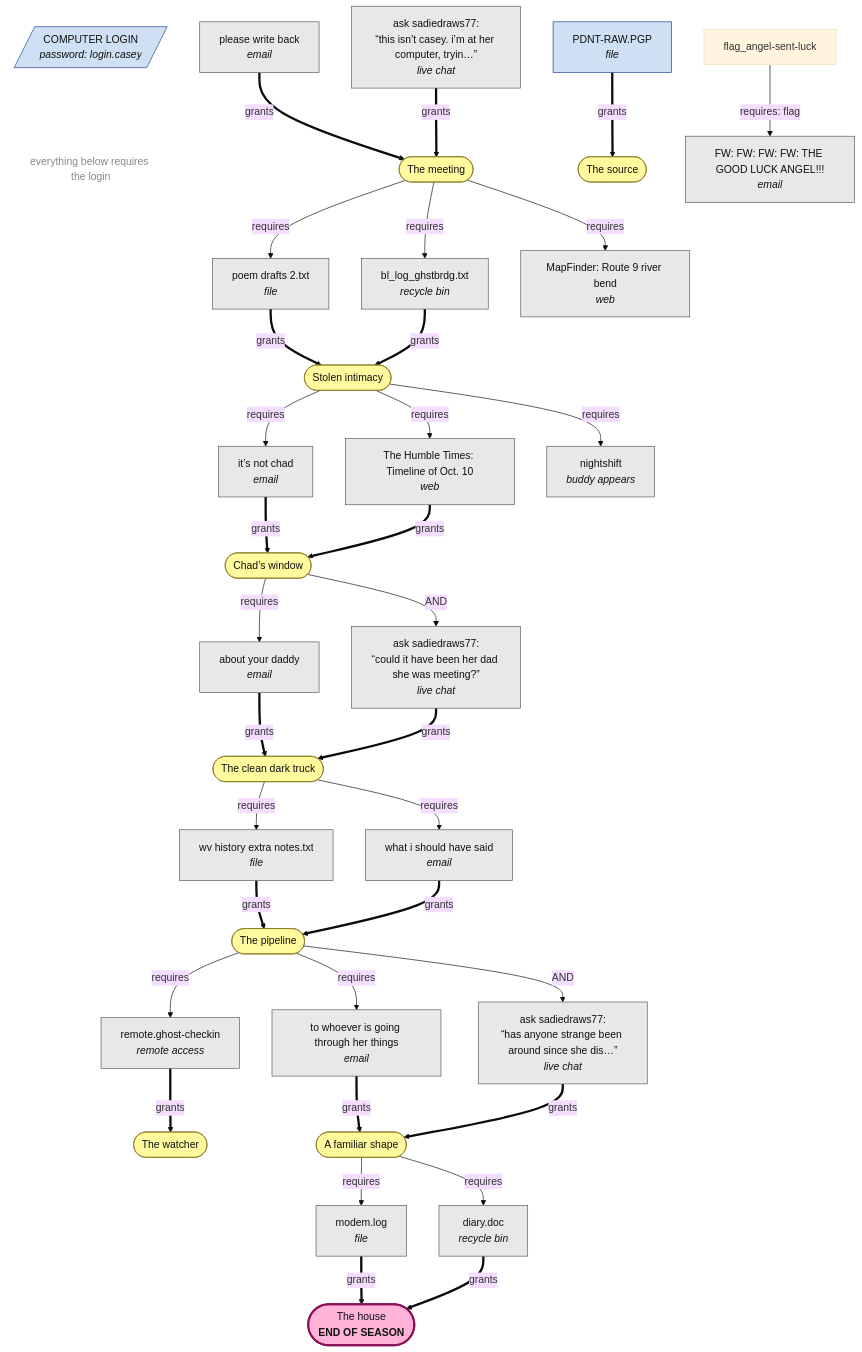
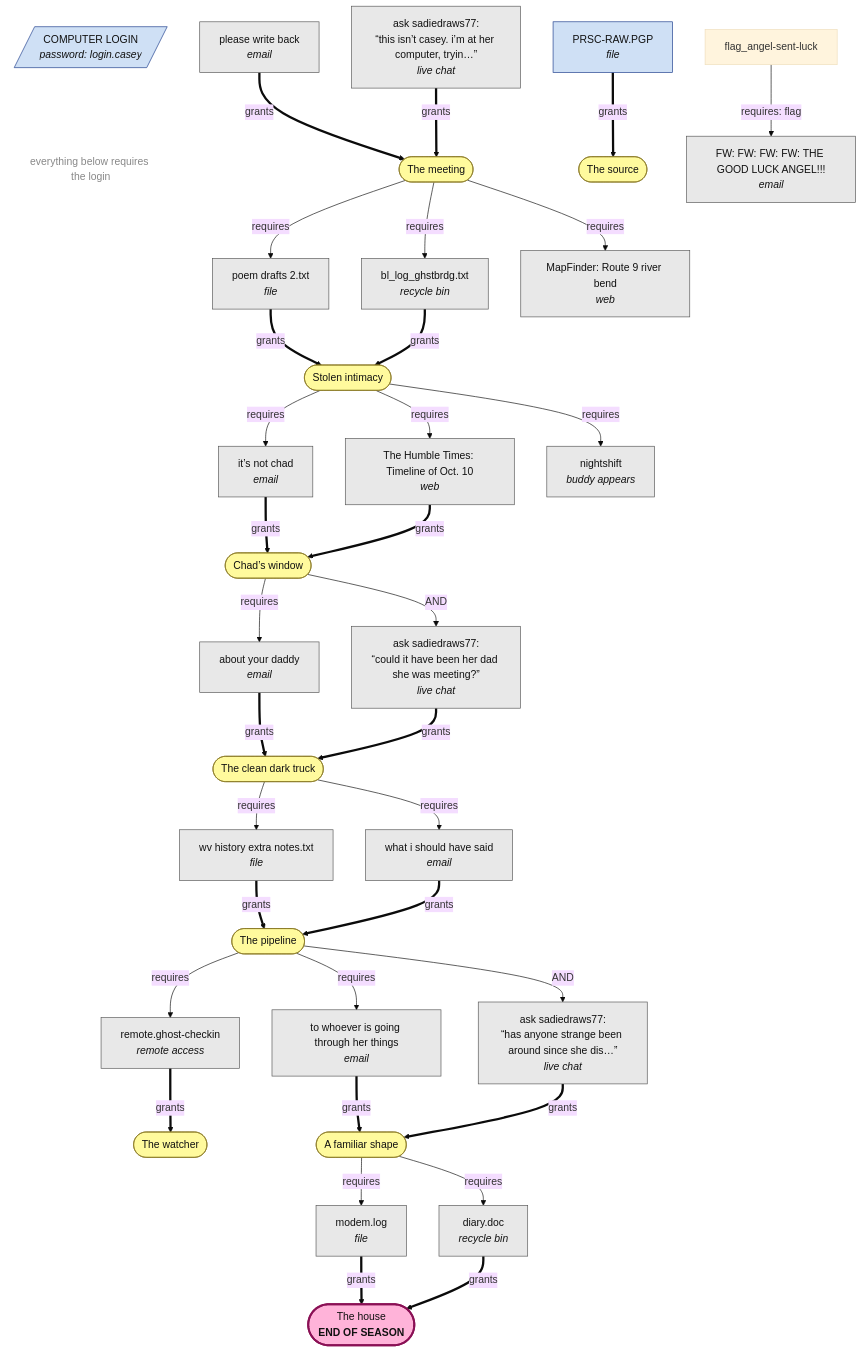
Before and after one commit to adamthedorsey/last-login: the diagram in docs/clue-graph.md, drawn with Mermaid (base theme). The commit also changed 7 other files, not shown here.

````diff
--- a/docs/clue-graph.md
+++ b/docs/clue-graph.md
@@ -9,70 +9,70 @@
 ```mermaid
 flowchart TD
   classDef discovery fill:#fffa9d,stroke:#887722,color:#111
   classDef finale fill:#ffb3d9,stroke:#8a1055,color:#111,stroke-width:3px
   classDef item fill:#e8e8e8,stroke:#555,color:#111
   classDef locked fill:#cfe0f5,stroke:#1a3a8a,color:#111
   classDef note fill:none,stroke:none,color:#888
   login[/"COMPUTER LOGIN<br/><i>password: login.casey</i>"/]:::locked
   login ~~~ loginNote["everything below requires the login"]:::note
   d_the_meeting(["The meeting"]):::discovery
   d_stolen_intimacy(["Stolen intimacy"]):::discovery
   d_chads_window(["Chad’s window"]):::discovery
   d_the_clean_truck(["The clean dark truck"]):::discovery
   d_the_pipeline(["The pipeline"]):::discovery
   d_the_watcher(["The watcher"]):::discovery
   d_the_source(["The source"]):::discovery
   d_who_shaped(["A familiar shape"]):::discovery
   d_the_house(["The house<br/><b>END OF SEASON</b>"]):::finale
-  i_a_page["PDNT-RAW.PGP<br/><i>file</i>"]:::locked
+  i_a_page["PRSC-RAW.PGP<br/><i>file</i>"]:::locked
   i_a_page ==>|grants| d_the_source
   i_file_ledger_copy["wv history extra notes.txt<br/><i>file</i>"]:::item
   i_file_ledger_copy ==>|grants| d_the_pipeline
   d_the_clean_truck -->|requires| i_file_ledger_copy
   i_file_gb_log_oct8["poem drafts 2.txt<br/><i>file</i>"]:::item
   i_file_gb_log_oct8 ==>|grants| d_stolen_intimacy
   d_the_meeting -->|requires| i_file_gb_log_oct8
   i_file_modem_log["modem.log<br/><i>file</i>"]:::item
   i_file_modem_log ==>|grants| d_the_house
   d_who_shaped -->|requires| i_file_modem_log
   i_email_sadie_please["please write back<br/><i>email</i>"]:::item
   i_email_sadie_please ==>|grants| d_the_meeting
   i_email_angel_chain2["FW: FW: FW: FW: THE GOOD LUCK ANGEL!!!<br/><i>email</i>"]:::item
   flag_angel-sent-luck -->|requires: flag| i_email_angel_chain2
   i_email_sadie_notchad["it’s not chad<br/><i>email</i>"]:::item
   i_email_sadie_notchad ==>|grants| d_chads_window
   d_stolen_intimacy -->|requires| i_email_sadie_notchad
   i_email_ruth_yourdad["about your daddy<br/><i>email</i>"]:::item
   i_email_ruth_yourdad ==>|grants| d_the_clean_truck
   d_chads_window -->|requires| i_email_ruth_yourdad
   i_email_sam_plain["what i should have said<br/><i>email</i>"]:::item
   i_email_sam_plain ==>|grants| d_the_pipeline
   d_the_clean_truck -->|requires| i_email_sam_plain
   i_email_rebecca["to whoever is going through her things<br/><i>email</i>"]:::item
   i_email_rebecca ==>|grants| d_who_shaped
   d_the_pipeline -->|requires| i_email_rebecca
   i_trash_bl_log["bl_log_ghstbrdg.txt<br/><i>recycle bin</i>"]:::item
   i_trash_bl_log ==>|grants| d_stolen_intimacy
   d_the_meeting -->|requires| i_trash_bl_log
   i_trash_diary["diary.doc<br/><i>recycle bin</i>"]:::item
   i_trash_diary ==>|grants| d_the_house
   d_who_shaped -->|requires| i_trash_diary
   i_web_register_timeline["The Humble Times: Timeline of Oct. 10<br/><i>web</i>"]:::item
   i_web_register_timeline ==>|grants| d_chads_window
   d_stolen_intimacy -->|requires| i_web_register_timeline
   i_web_mapfinder_bend["MapFinder: Route 9 river bend<br/><i>web</i>"]:::item
   d_the_meeting -->|requires| i_web_mapfinder_bend
   b_nightshift["nightshift<br/><i>buddy appears</i>"]:::item
   d_stolen_intimacy -->|requires| b_nightshift
   c_sadiedraws77_intro["ask sadiedraws77:<br/>“this isn’t casey. i’m at her computer, tryin…”<br/><i>live chat</i>"]:::item
   c_sadiedraws77_intro ==>|grants| d_the_meeting
   c_sadiedraws77_frank["ask sadiedraws77:<br/>“could it have been her dad she was meeting?”<br/><i>live chat</i>"]:::item
   c_sadiedraws77_frank ==>|grants| d_the_clean_truck
   d_chads_window -->|AND| c_sadiedraws77_frank
   c_sadiedraws77_vigil["ask sadiedraws77:<br/>“has anyone strange been around since she dis…”<br/><i>live chat</i>"]:::item
   c_sadiedraws77_vigil ==>|grants| d_who_shaped
   d_the_pipeline -->|AND| c_sadiedraws77_vigil
   r_remote_ghost_checkin["remote.ghost-checkin<br/><i>remote access</i>"]:::item
   r_remote_ghost_checkin ==>|grants| d_the_watcher
   d_the_pipeline -->|requires| r_remote_ghost_checkin
 ```
````
